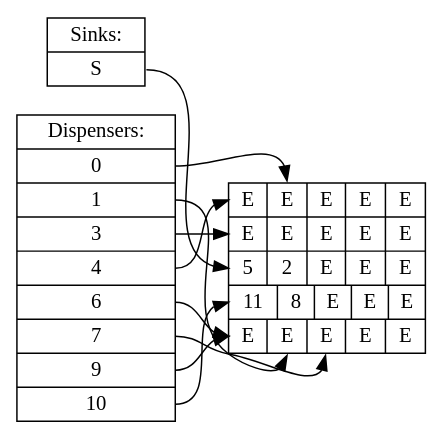
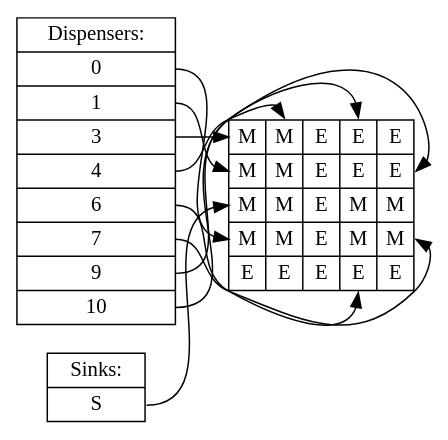
The diagram in solutions/PCR/time6.dot (jiegec/OnePassSynthesisDMFB), drawn with Graphviz before and after one commit. The commit also changed 31 other files, not shown here.

```diff
--- a/solutions/PCR/time6.dot
+++ b/solutions/PCR/time6.dot
@@ -1,14 +1,14 @@
 digraph step {rankdir=LR;node [shape=record,fontname="Inconsolata"];
-dispenser [label="Dispensers:|<d1>0|<d13>1|<d18>3|<d0>4|<d14>6|<d12>7|<d15>9|<d16>10"];
+dispenser [label="Dispensers:|<d16>0|<d18>1|<d0>3|<d1>4|<d11>6|<d8>7|<d6>9|<d3>10"];
 sink [label="Sinks:|<s17>S"];
-board [label="{<f00>E|<f01>E|<f02>E|<f03>E|<f04>E}|{<f10>E|<f11>E|<f12>E|<f13>E|<f14>E}|{<f20>5|<f21>2|<f22>E|<f23>E|<f24>E}|{<f30>11|<f31>8|<f32>E|<f33>E|<f34>E}|{<f40>E|<f41>E|<f42>E|<f43>E|<f44>E}"];
-dispenser:d1 -> board:f01
-dispenser:d13 -> board:f41
+board [label="{<f00>M|<f01>M|<f02>E|<f03>E|<f04>E}|{<f10>M|<f11>M|<f12>E|<f13>E|<f14>E}|{<f20>M|<f21>M|<f22>E|<f23>M|<f24>M}|{<f30>M|<f31>M|<f32>E|<f33>M|<f34>M}|{<f40>E|<f41>E|<f42>E|<f43>E|<f44>E}"];
+dispenser:d16 -> board:f30
 dispenser:d18 -> board:f10
 dispenser:d0 -> board:f00
-dispenser:d14 -> board:f40
-dispenser:d12 -> board:f42
-dispenser:d15 -> board:f40
-dispenser:d16 -> board:f30
+dispenser:d1 -> board:f01
+dispenser:d11 -> board:f43
+dispenser:d8 -> board:f34
+dispenser:d6 -> board:f14
+dispenser:d3 -> board:f03
 sink:s17 -> board:f20
 }
```
